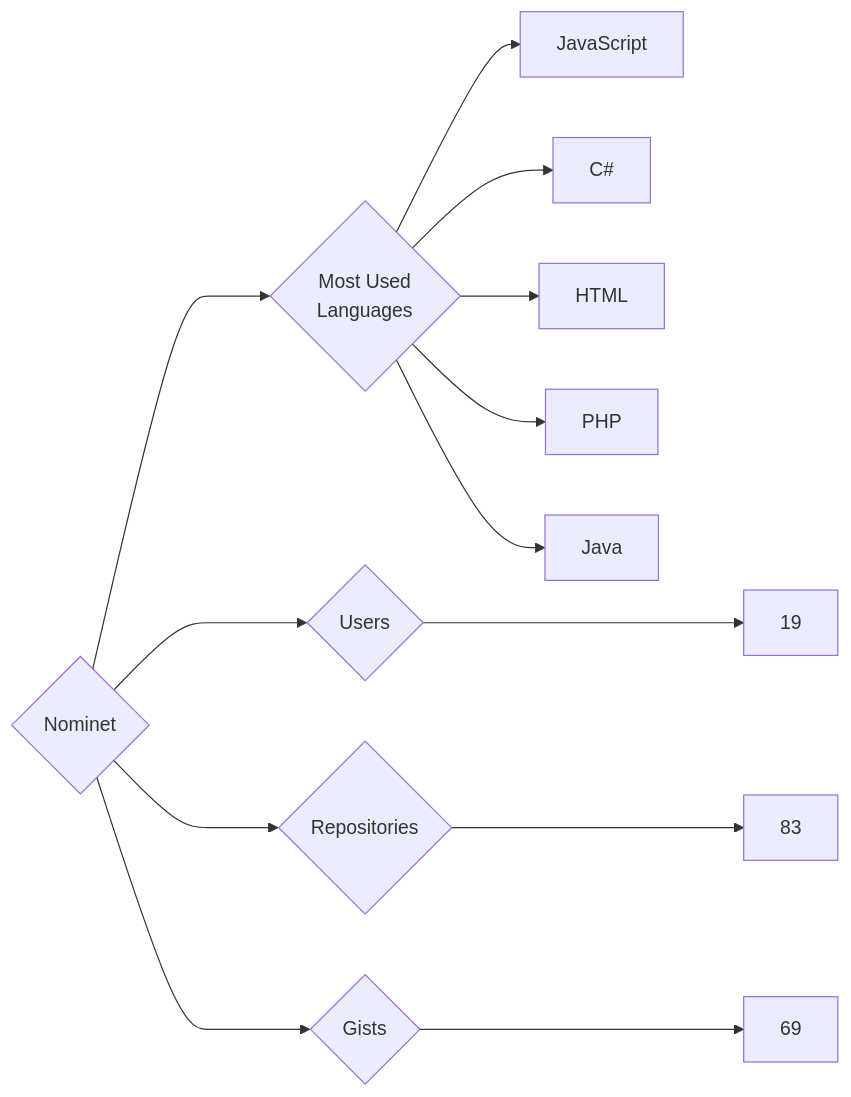
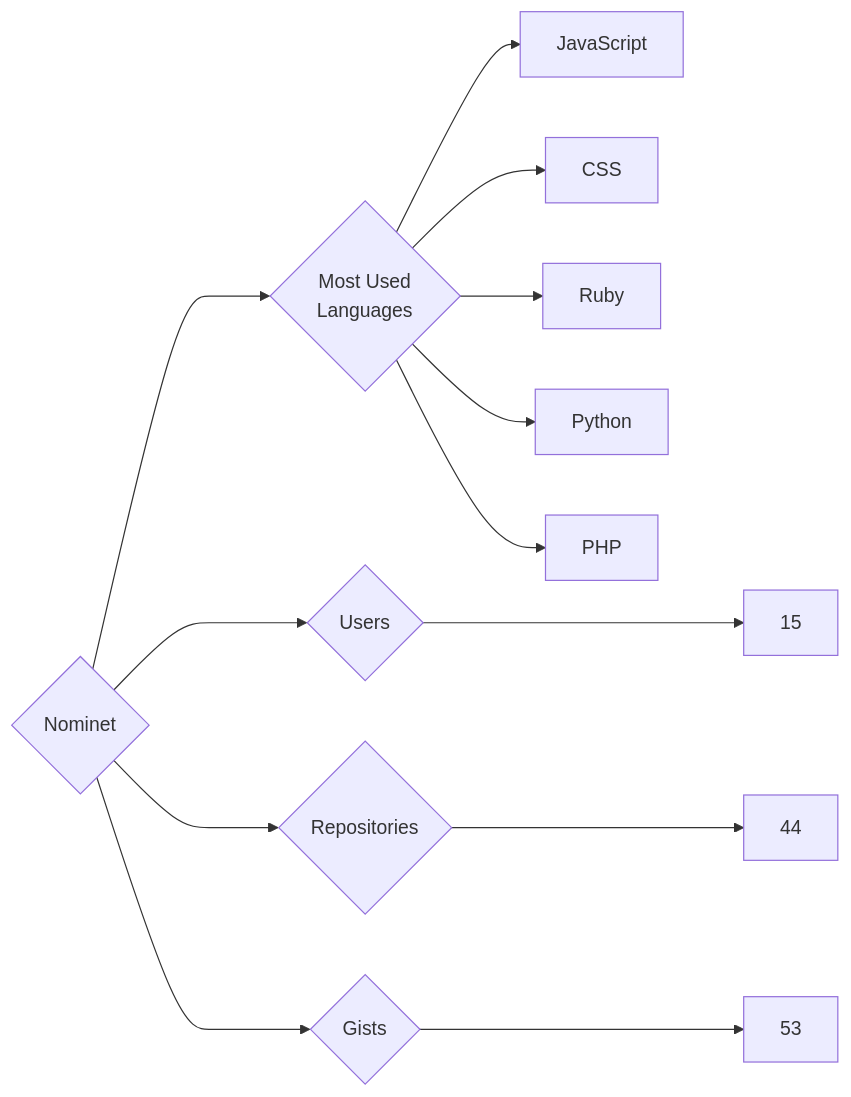
One commit to trickest/insiders changed the diagram in targets/Nominet/README.md. Above: the diagram before and after it, drawn with Mermaid. The commit also changed 912 other files, not shown here.

````diff
--- a/targets/Nominet/README.md
+++ b/targets/Nominet/README.md
@@ -3,13 +3,13 @@
 ```mermaid
 graph LR
 COMPANY_NAME{Nominet}
-COMPANY_NAME ---> U{Users} ---> UN[19]
-COMPANY_NAME ---> R{Repositories} ---> RN[83]
-COMPANY_NAME ---> G{Gists} ---> GN[69]
+COMPANY_NAME ---> U{Users} ---> UN[15]
+COMPANY_NAME ---> R{Repositories} ---> RN[44]
+COMPANY_NAME ---> G{Gists} ---> GN[53]
 COMPANY_NAME ---> ML{Most Used<br>Languages}
 ML --> JavaScript[JavaScript]
-ML --> C#[C#]
-ML --> HTML[HTML]
+ML --> CSS[CSS]
+ML --> Ruby[Ruby]
+ML --> Python[Python]
 ML --> PHP[PHP]
-ML --> Java[Java]
 ```
````
